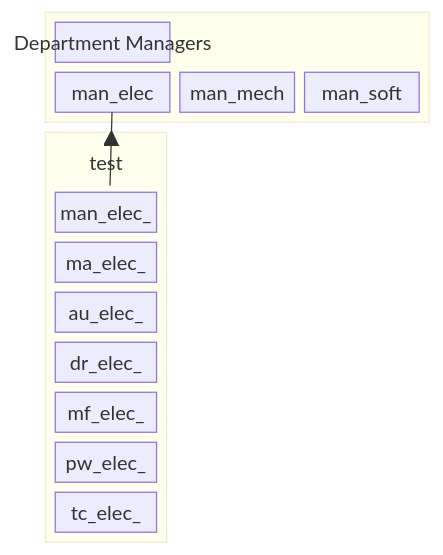
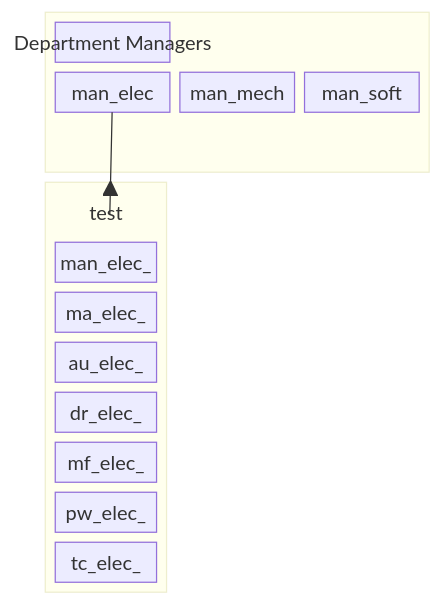
One commit to FooGiGo-Org/.github changed the diagram in README.md. Above: the diagram before and after it, drawn with Mermaid.

Commit message:
Update Department Managers column from 3 to 4

````diff
--- a/README.md
+++ b/README.md
@@ -1,26 +1,26 @@
 ```mermaid
 ---
 title: SCRB Matrix Organization
 ---
 block
     columns 3
     block:test:3
         columns 3
-        man["Department Managers"]:3
+        man["Department Managers"]:4
         man_elec man_mech man_soft
     end
     block:meme:1
         columns 1
         uct("test")
         man_elec_
         ma_elec_
         au_elec_
         dr_elec_
         mf_elec_
         pw_elec_
         tc_elec_
     end
     man_elec --> meme
 class uct BT
 classDef BT stroke:transparent,fill:transparent
 ```
````
